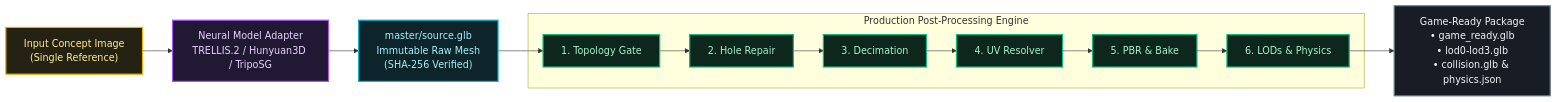
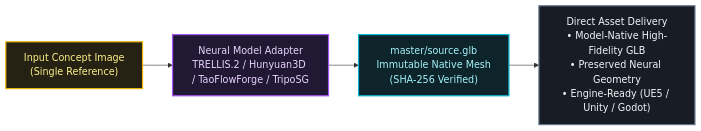
The first of 3 diagrams in README.md (Silentzx2/ForMesh3D), drawn with Mermaid before and after one commit. The commit also changed other lines of this file and 41 other files, not shown here.

First line of the commit message:
feat(arch): implement simplified workspace, asset and generation architecture (Batches 1-6)

````diff
--- a/README.md
+++ b/README.md
@@ -113,34 +113,17 @@
 ```mermaid
 flowchart LR
     %% High-Contrast Styling
     classDef input fill:#262213,stroke:#eab308,stroke-width:2px,color:#fef08a;
     classDef neural fill:#211833,stroke:#a855f7,stroke-width:2px,color:#e9d5ff;
     classDef master fill:#0d242a,stroke:#06b6d4,stroke-width:2px,color:#a5f3fc;
-    classDef post fill:#0d271c,stroke:#10b981,stroke-width:2px,color:#a7f3d0;
     classDef export fill:#181c24,stroke:#64748b,stroke-width:2px,color:#f1f5f9;
 
     IMG["Input Concept Image<br/>(Single Reference)"]:::input
-    MODEL["Neural Model Adapter<br/>TRELLIS.2 / Hunyuan3D / TripoSG"]:::neural
-    MASTER["master/source.glb<br/>Immutable Raw Mesh<br/>(SHA-256 Verified)"]:::master
-
-    subgraph Finishing ["Production Post-Processing Engine"]
-        GATE["1. Topology Gate"]:::post
-        REPAIR["2. Hole Repair"]:::post
-        DECIMATE["3. Decimation"]:::post
-        UV["4. UV Resolver"]:::post
-        PBR["5. PBR & Bake"]:::post
-        LOD["6. LODs & Physics"]:::post
-    end
-
-    OUT["Game-Ready Package<br/>• game_ready.glb<br/>• lod0-lod3.glb<br/>• collision.glb & physics.json"]:::export
+    MODEL["Neural Model Adapter<br/>TRELLIS.2 / Hunyuan3D / TaoFlowForge / TripoSG"]:::neural
+    MASTER["master/source.glb<br/>Immutable Native Mesh<br/>(SHA-256 Verified)"]:::master
+    OUT["Direct Asset Delivery<br/>• Model-Native High-Fidelity GLB<br/>• Preserved Neural Geometry<br/>• Engine-Ready (UE5 / Unity / Godot)"]:::export
 
     IMG --> MODEL
     MODEL --> MASTER
-    MASTER --> GATE
-    GATE --> REPAIR
-    REPAIR --> DECIMATE
-    DECIMATE --> UV
-    UV --> PBR
-    PBR --> LOD
-    LOD --> OUT
+    MASTER --> OUT
 ```
````
